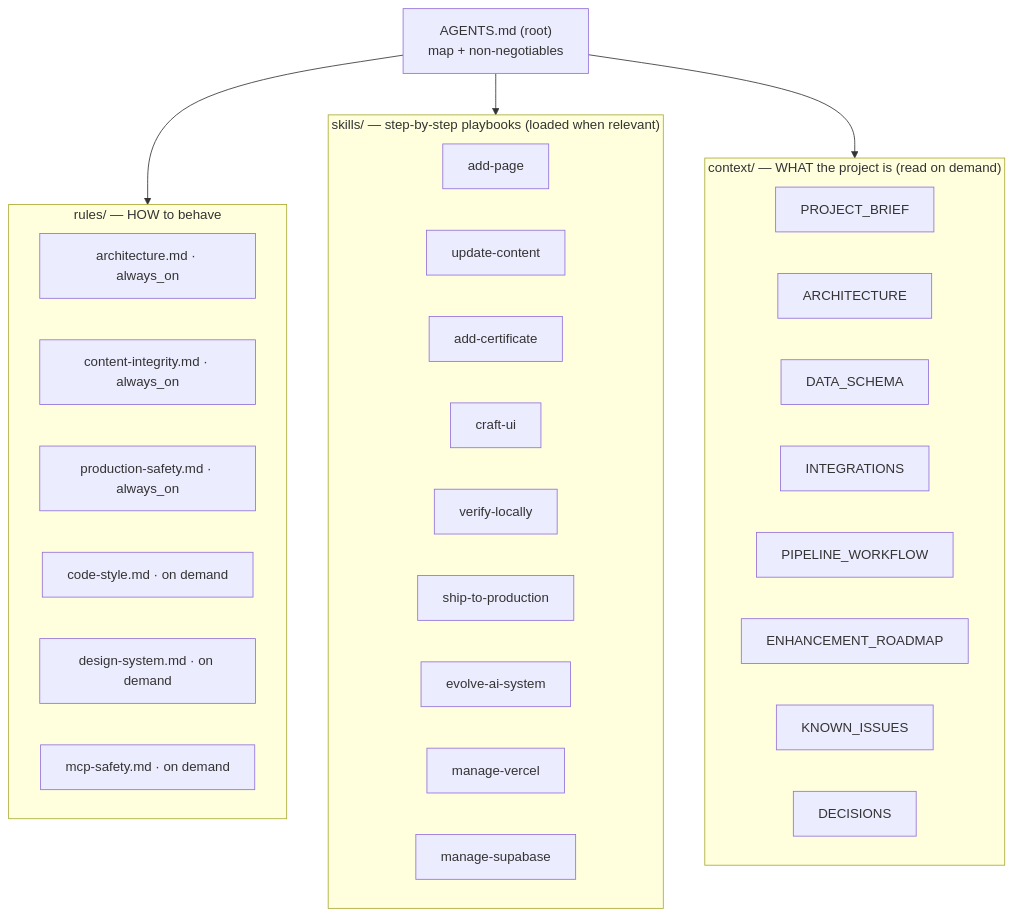
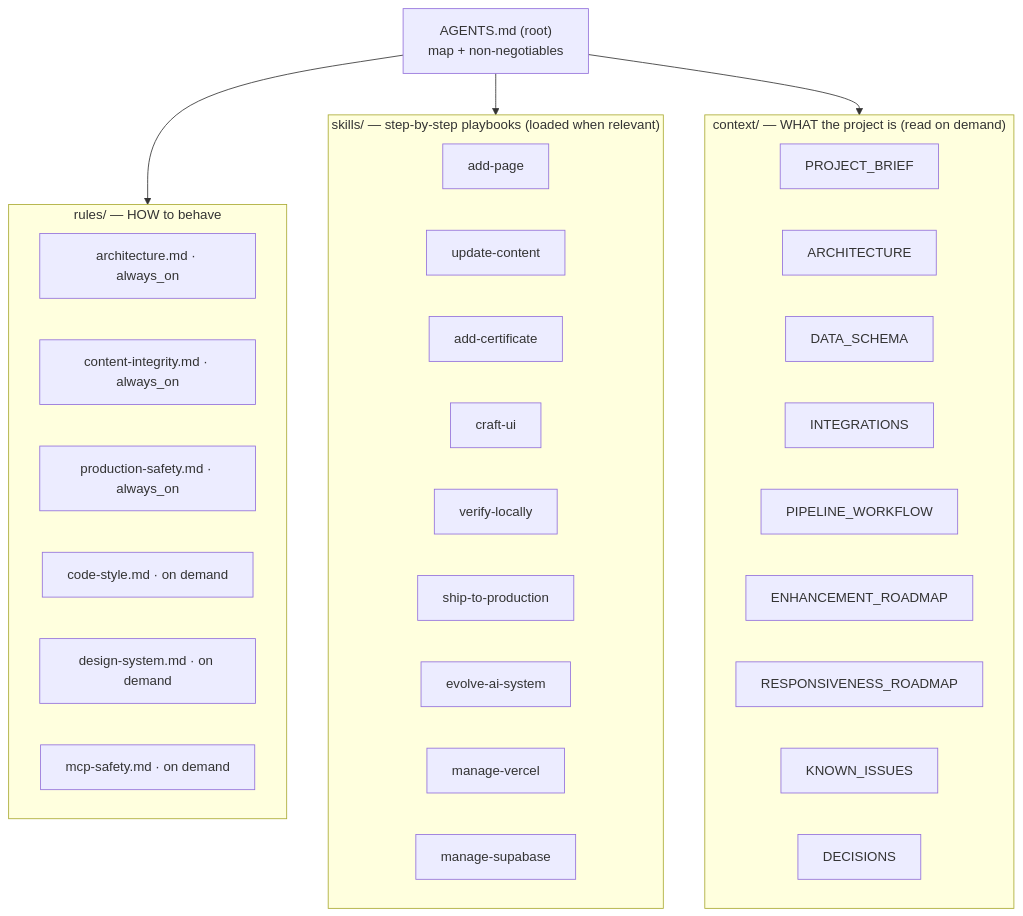
Before and after one commit to RoldanGaspar/Portfolio_Brylim_inspo: the diagram in .agents/README.md, drawn with Mermaid. The commit also changed other lines of this file and 21 other files, not shown here.

Commit message:
fix(audit): resolve 12 documentation, accessibility, and schema findings

````diff
--- a/.agents/README.md
+++ b/.agents/README.md
@@ -7,35 +7,36 @@
 ```mermaid
 flowchart TD
     A["AGENTS.md (root)<br/>map + non-negotiables"] --> R
     subgraph R["rules/ — HOW to behave"]
         R1["architecture.md · always_on"]
         R2["content-integrity.md · always_on"]
         R3["production-safety.md · always_on"]
         R4["code-style.md · on demand"]
         R5["design-system.md · on demand"]
         R6["mcp-safety.md · on demand"]
     end
     A --> S
     subgraph S["skills/ — step-by-step playbooks (loaded when relevant)"]
         S1[add-page]
         S2[update-content]
         S3[add-certificate]
         S4[craft-ui]
         S5[verify-locally]
         S6[ship-to-production]
         S7[evolve-ai-system]
         S8[manage-vercel]
         S9[manage-supabase]
     end
     A --> C
     subgraph C["context/ — WHAT the project is (read on demand)"]
         C1[PROJECT_BRIEF]
         C2[ARCHITECTURE]
         C3[DATA_SCHEMA]
         C4[INTEGRATIONS]
         C5[PIPELINE_WORKFLOW]
         C6[ENHANCEMENT_ROADMAP]
-        C7[KNOWN_ISSUES]
-        C8[DECISIONS]
+        C7[RESPONSIVENESS_ROADMAP]
+        C8[KNOWN_ISSUES]
+        C9[DECISIONS]
     end
 ```
````
